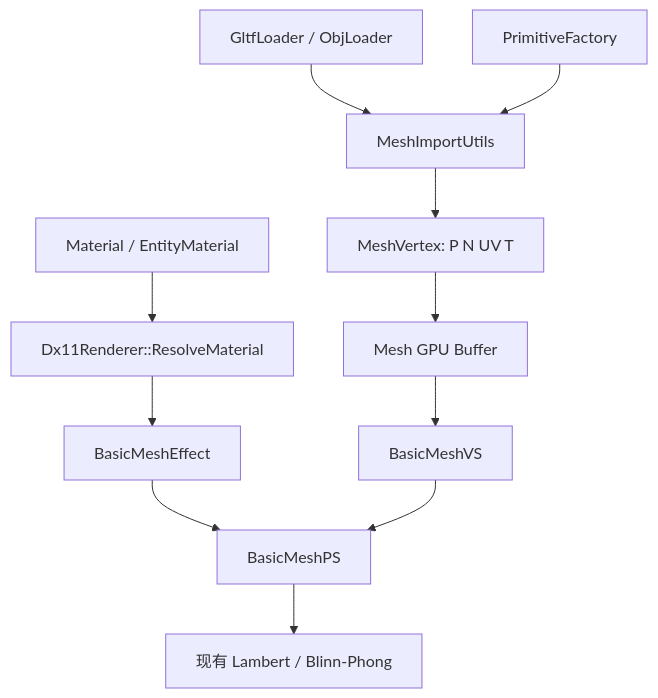
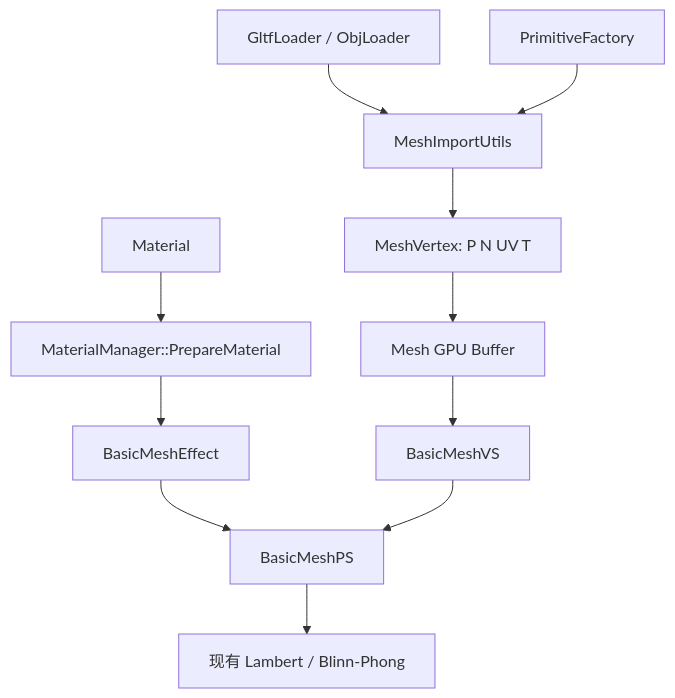
Before and after one commit to ELPSYKONGR/LRenderDemo: the first of 2 diagrams in docs/normal-mapping-b.md, drawn with Mermaid. The commit also changed other lines of this file and 64 other files, not shown here.

````diff
--- a/docs/normal-mapping-b.md
+++ b/docs/normal-mapping-b.md
@@ -40,13 +40,13 @@
 ```mermaid
 graph TD
     Import[GltfLoader / ObjLoader] --> Utils[MeshImportUtils]
     Primitive[PrimitiveFactory] --> Utils
     Utils --> Vertex[MeshVertex: P N UV T]
     Vertex --> Mesh[Mesh GPU Buffer]
-    MatFile[Material / EntityMaterial] --> Resolve[Dx11Renderer::ResolveMaterial]
+    MatFile[Material] --> Resolve[MaterialManager::PrepareMaterial]
     Resolve --> Effect[BasicMeshEffect]
     Mesh --> VS[BasicMeshVS]
     Effect --> PS[BasicMeshPS]
     VS --> PS
     PS --> Light[现有 Lambert / Blinn-Phong]
 ```
````
